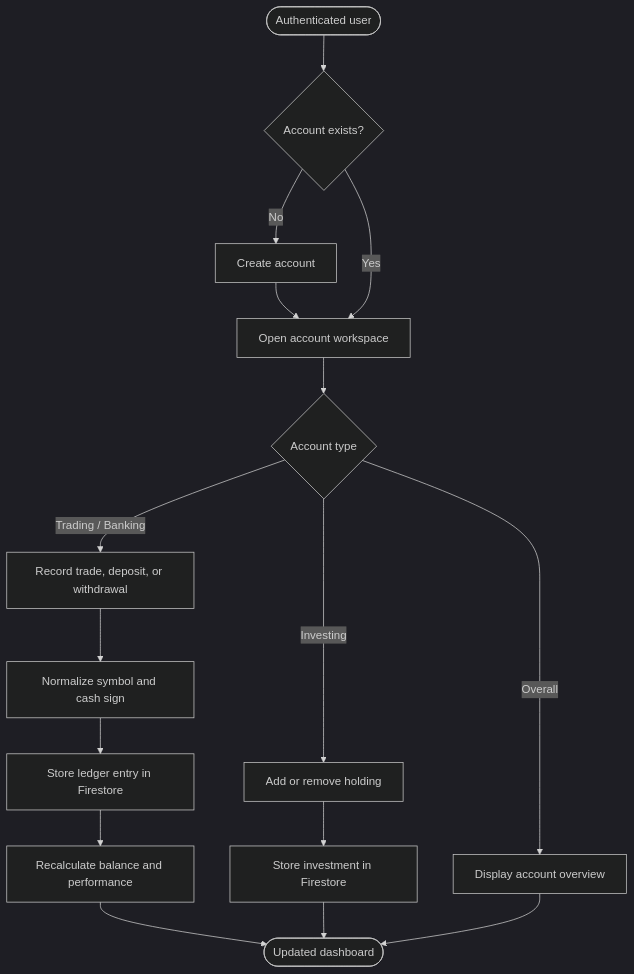
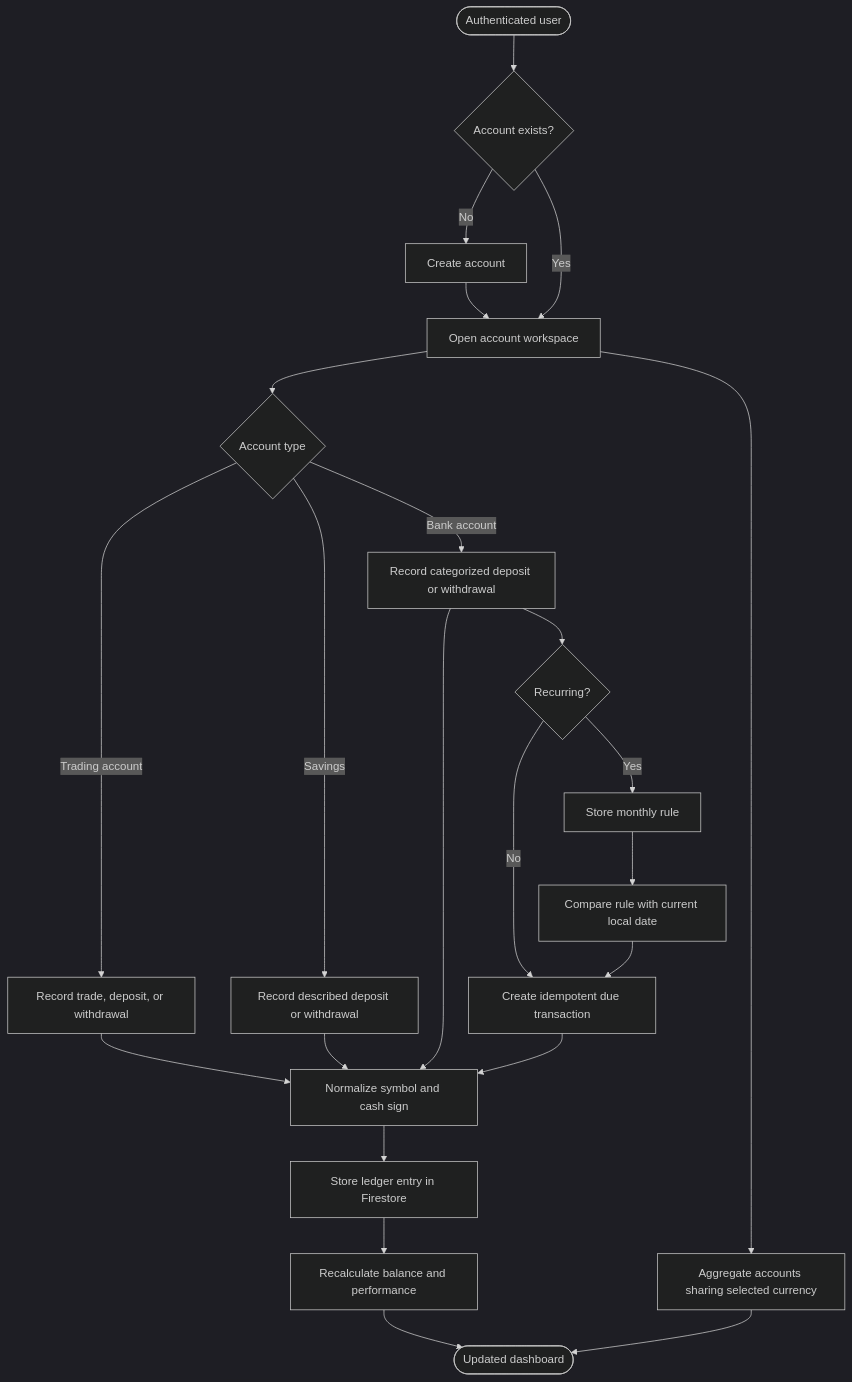
Before and after one commit to mocaales/macroverse: the fifth of 8 diagrams in docs/architecture.md, drawn with Mermaid (dark theme). The commit also changed other lines of this file and 32 other files, not shown here.

````diff
--- a/docs/architecture.md
+++ b/docs/architecture.md
@@ -147,18 +147,25 @@
 ```mermaid
 flowchart TD
     Start([Authenticated user]) --> Select{Account exists?}
     Select -- No --> Create[Create account]
     Create --> Workspace
     Select -- Yes --> Workspace[Open account workspace]
     Workspace --> Type{Account type}
-    Type -- Trading / Banking --> Entry[Record trade, deposit, or withdrawal]
-    Entry --> Normalize[Normalize symbol and cash sign]
+    Type -- Trading account --> Trading[Record trade, deposit, or withdrawal]
+    Type -- Savings --> Savings[Record described deposit or withdrawal]
+    Type -- Bank account --> Bank[Record categorized deposit or withdrawal]
+    Bank --> Schedule{Recurring?}
+    Schedule -- Yes --> Rule[Store monthly rule]
+    Schedule -- No --> Entry
+    Rule --> Reconcile[Compare rule with current local date]
+    Reconcile --> Entry[Create idempotent due transaction]
+    Trading --> Normalize[Normalize symbol and cash sign]
+    Savings --> Normalize
+    Bank --> Normalize
+    Entry --> Normalize
     Normalize --> StoreTrade[Store ledger entry in Firestore]
     StoreTrade --> Analytics[Recalculate balance and performance]
-    Type -- Investing --> Asset[Add or remove holding]
-    Asset --> StoreAsset[Store investment in Firestore]
-    Type -- Overall --> Aggregate[Display account overview]
+    Workspace --> Aggregate[Aggregate accounts sharing selected currency]
     Analytics --> End([Updated dashboard])
-    StoreAsset --> End
     Aggregate --> End
 ```
````
